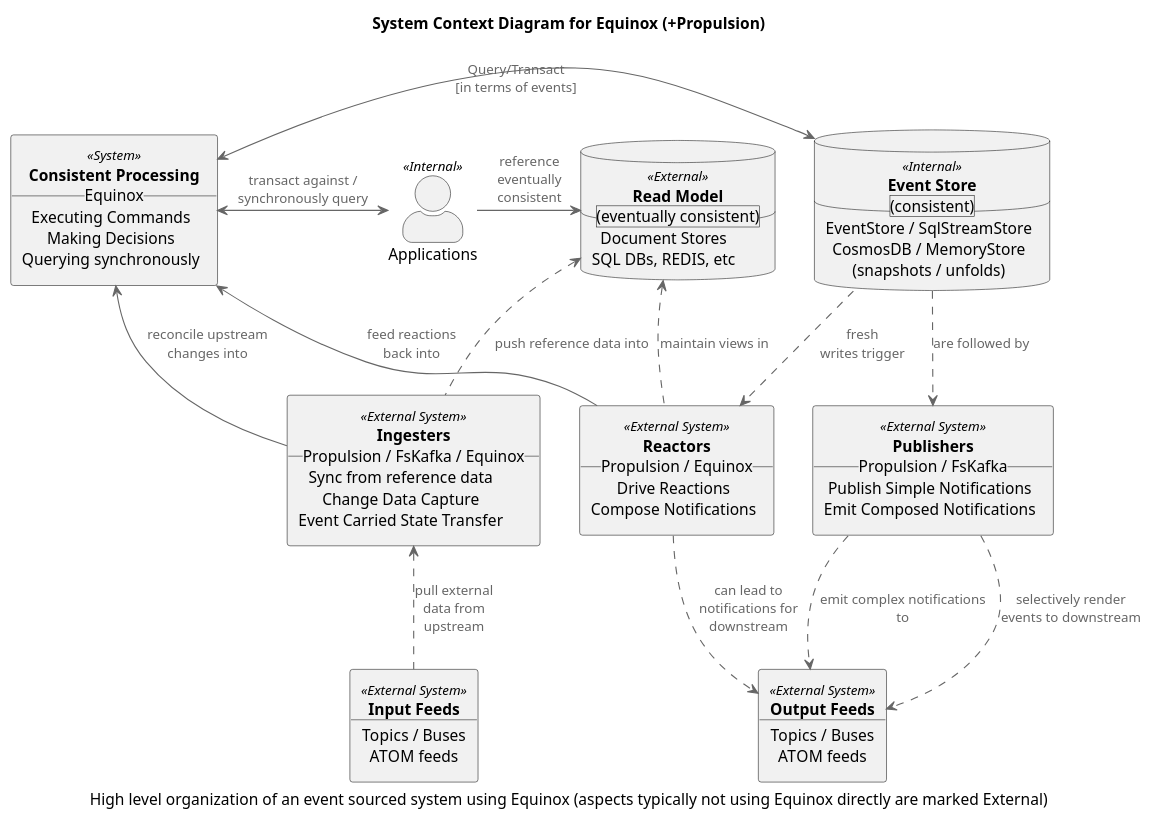
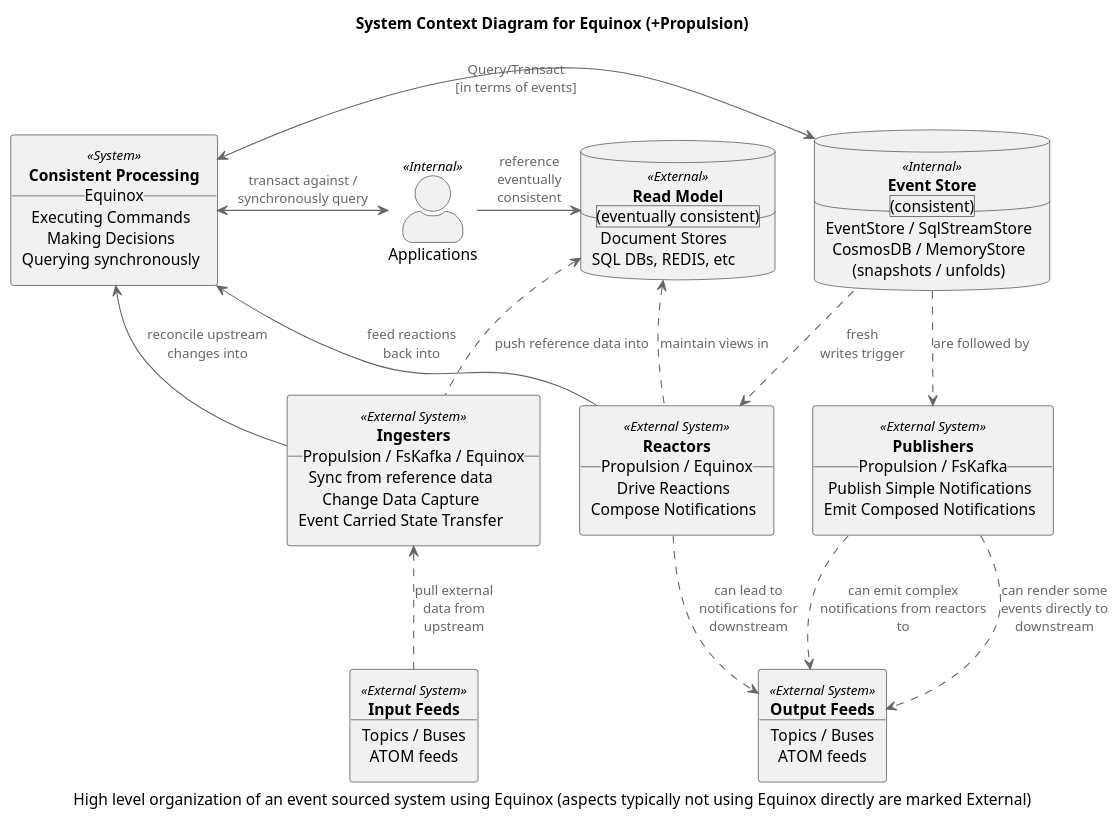
One commit to jet/equinox changed the diagram in diagrams/context.puml. Above: the diagram before and after it, drawn with PlantUML.

Commit message:
more text re publish

```diff
--- a/diagrams/context.puml
+++ b/diagrams/context.puml
@@ -1,89 +1,89 @@
     @startuml
 !includeurl https://raw.githubusercontent.com/skleanthous/C4-PlantumlSkin/master/build/output/c4.puml
 
 title System Context Diagram for Equinox (+Propulsion)
 caption High level organization of an event sourced system using Equinox (aspects typically not using Equinox directly are marked External)
 
 actor "Applications" <<Internal>> as apps
 
 rectangle services <<System>> [
     **Consistent Processing**
     __Equinox__
     Executing Commands
     Making Decisions
     Querying synchronously
 ]
 
 database stores <<Internal>> [
     **Event Store**
     __(consistent)__
     EventStore / SqlStreamStore
     CosmosDB / MemoryStore
     (snapshots / unfolds)
 ]
 
 database caches <<External>> [
     **Read Model**
     __(eventually consistent)__
     Document Stores 
     SQL DBs, REDIS, etc
 ]
 
 together {
     rectangle ingesters <<External System>> [
         **Ingesters**
         __Propulsion / FsKafka / Equinox__
         Sync from reference data
         Change Data Capture
         Event Carried State Transfer
     ]
     rectangle reactors <<External System>> [
         **Reactors**
         __Propulsion / Equinox__
         Drive Reactions
         Compose Notifications
     ]
     rectangle publishers <<External System>> [
         **Publishers**
         __Propulsion / FsKafka__
         Publish Simple Notifications
         Emit Composed Notifications
     ]
 }
 
 rectangle inputs <<External System>> [
     **Input Feeds**
     ____
     Topics / Buses
     ATOM feeds 
 ]
 
 rectangle outputs <<External System>> [
     **Output Feeds**
     ____
     Topics / Buses
     ATOM feeds
 ]
 
 apps          -> caches     : reference\neventually\nconsistent
 apps       <-L-> services   : transact against /\nsynchronously query
 
 services   <-R-> stores     : Query/Transact\n[in terms of events]
 
 stores       ..> publishers : are followed by
 stores       ..> reactors   : fresh\nwrites trigger
 
 ingesters  <..   inputs     : pull external\ndata from\nupstream
 ingesters    --> services   : reconcile upstream\nchanges into
 ingesters   .U.> caches     : push reference data into
 
 reactors     --> services   : feed reactions\nback into
 reactors     ..> outputs    : can lead to\nnotifications for\ndownstream
 reactors    .U.> caches     : maintain views in
 
-publishers   ..> outputs    : emit complex notifications to
-publishers   ..> outputs    : selectively render\nevents to downstream
+publishers   ..> outputs    : can emit complex notifications from reactors to
+publishers   ..> outputs    : can render some\nevents directly to downstream
 
 ingesters  -[hidden]R-> reactors
 
 @enduml
```
